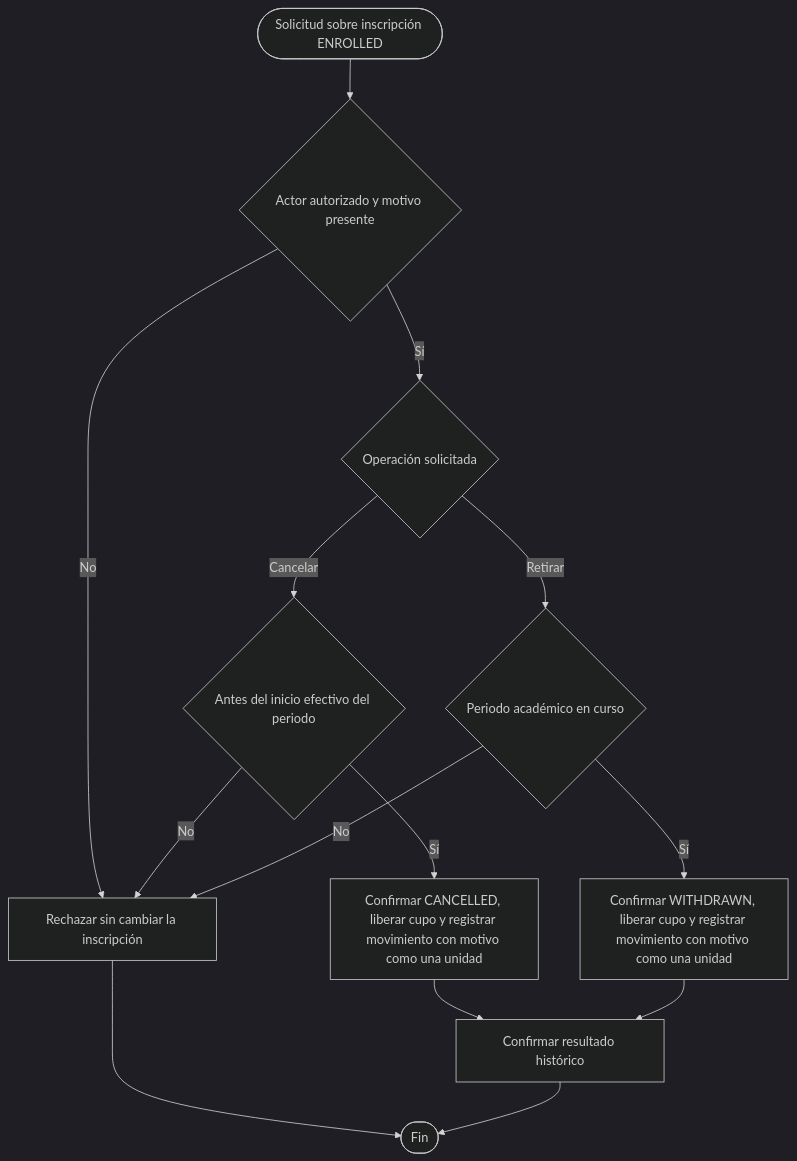
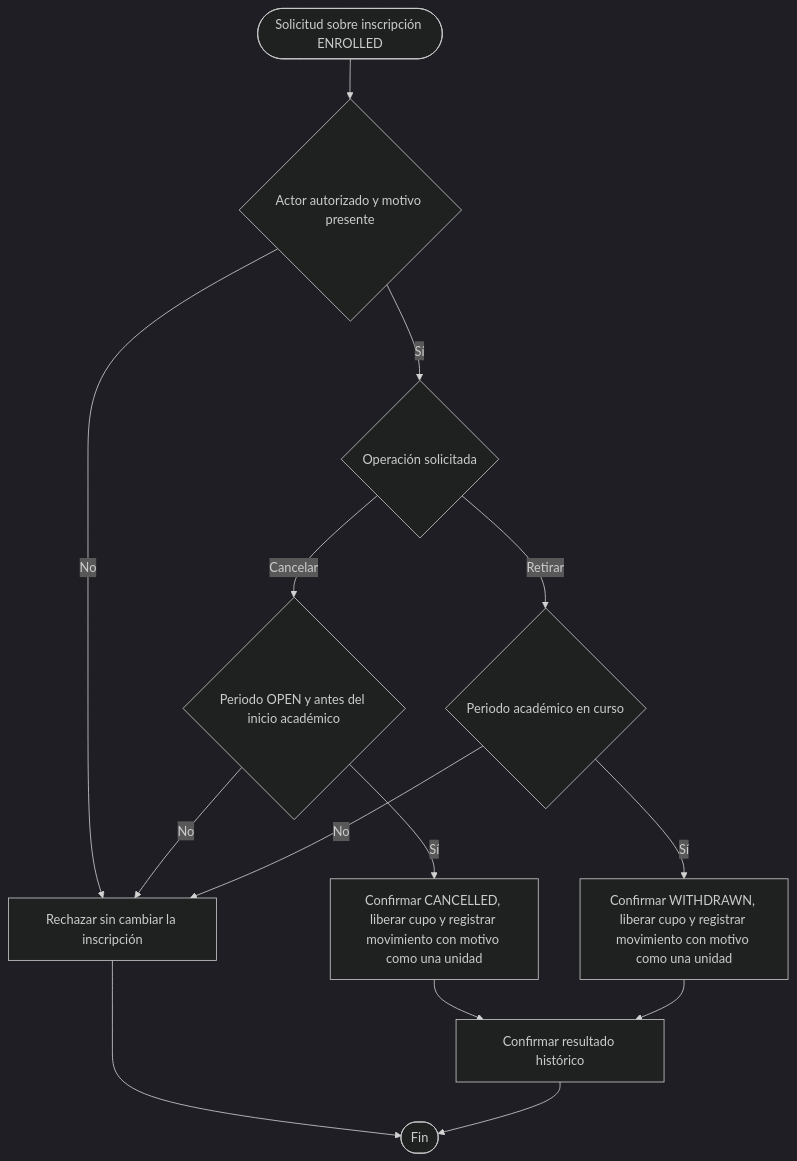
One commit to EderPanta18/academic-management-api changed the third of 7 diagrams in docs/04-analysis/03-business-processes.md. Above: the diagram before and after it, drawn with Mermaid (dark theme). The commit also changed other lines of this file and 21 other files, not shown here.

````diff
--- a/docs/04-analysis/03-business-processes.md
+++ b/docs/04-analysis/03-business-processes.md
@@ -62,16 +62,16 @@
 ```mermaid
 flowchart TD
     A([Solicitud sobre inscripción ENROLLED]) --> B{Actor autorizado y motivo presente}
     B -- No --> R[Rechazar sin cambiar la inscripción]
     B -- Sí --> C{Operación solicitada}
-    C -- Cancelar --> D{Antes del inicio efectivo del periodo}
+    C -- Cancelar --> D{Periodo OPEN y antes del inicio académico}
     D -- Sí --> E[Confirmar CANCELLED, liberar cupo y registrar movimiento con motivo como una unidad]
     D -- No --> R
     C -- Retirar --> F{Periodo académico en curso}
     F -- Sí --> G[Confirmar WITHDRAWN, liberar cupo y registrar movimiento con motivo como una unidad]
     F -- No --> R
     E --> I[Confirmar resultado histórico]
     G --> I
     R --> J([Fin])
     I --> J
 ```
````
